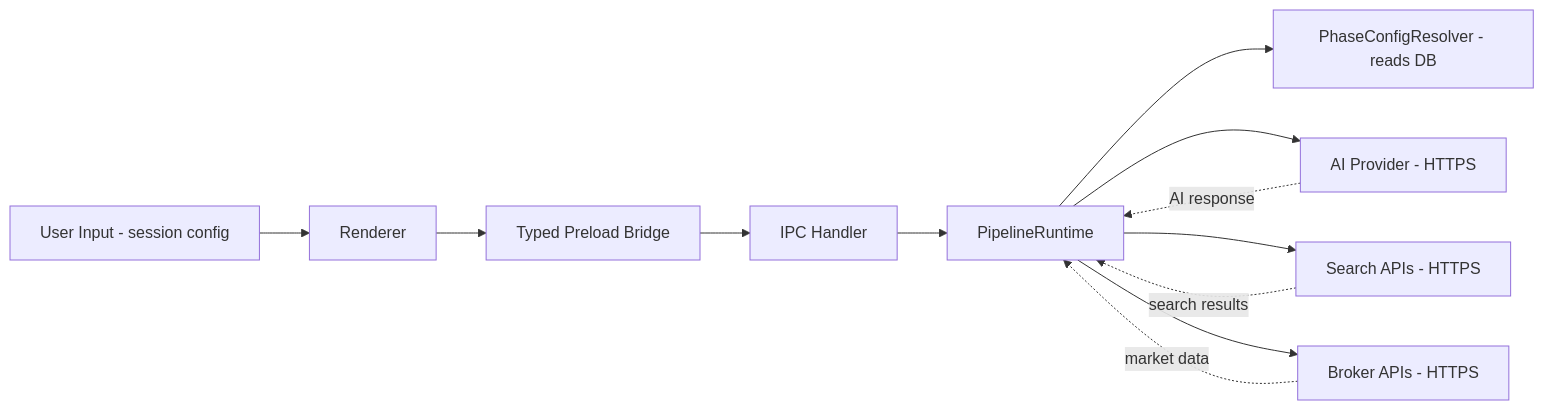
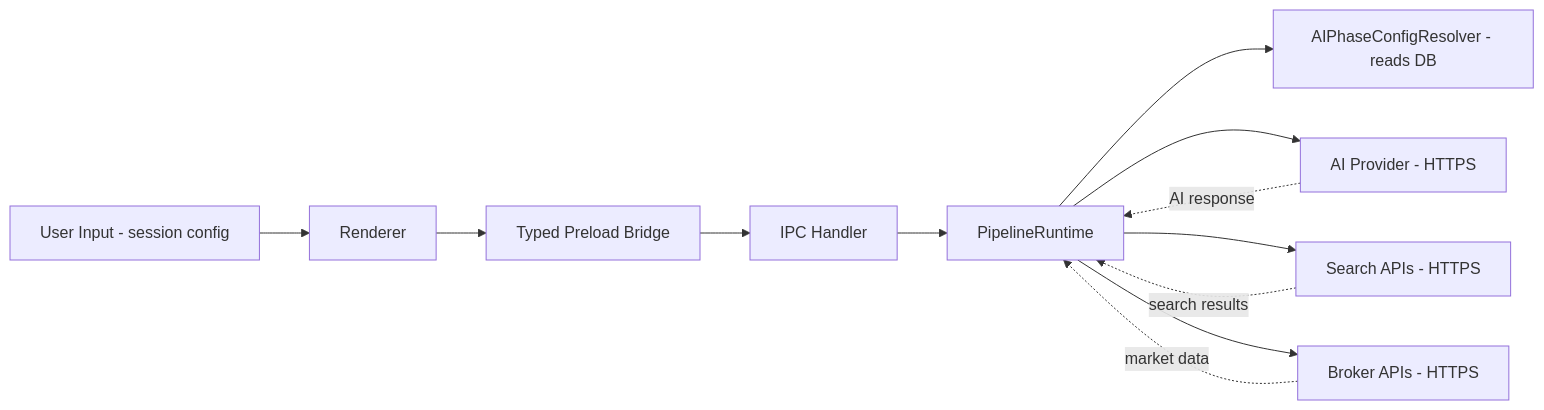
One commit to KennethAtchon/Exva changed the ninth of 10 diagrams in docs/architecture/pipeline-runtime.md. Above: the diagram before and after it, drawn with Mermaid. The commit also changed other lines of this file and 206 other files, not shown here.

````diff
--- a/docs/architecture/pipeline-runtime.md
+++ b/docs/architecture/pipeline-runtime.md
@@ -653,14 +653,14 @@
 ```mermaid
 flowchart LR
     User[User Input - session config] --> Renderer[Renderer]
     Renderer --> Preload[Typed Preload Bridge]
     Preload --> IPC[IPC Handler]
     IPC --> PR[PipelineRuntime]
-    PR --> PCR[PhaseConfigResolver - reads DB]
+    PR --> PCR[AIPhaseConfigResolver - reads DB]
     PR --> PROV[AI Provider - HTTPS]
     PR --> SRCH[Search APIs - HTTPS]
     PR --> BRKR[Broker APIs - HTTPS]
     PROV -.->|AI response| PR
     SRCH -.->|search results| PR
     BRKR -.->|market data| PR
 ```
````
